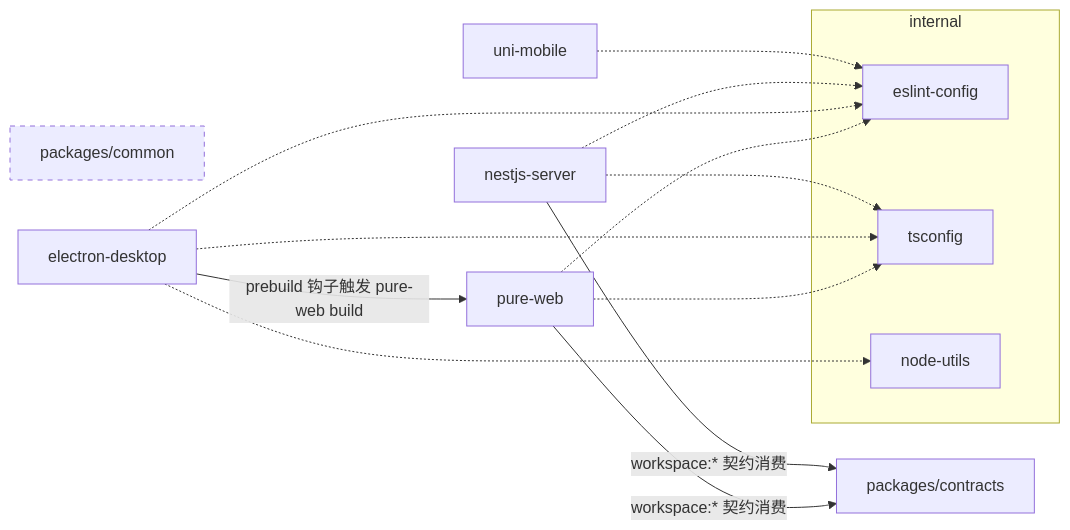
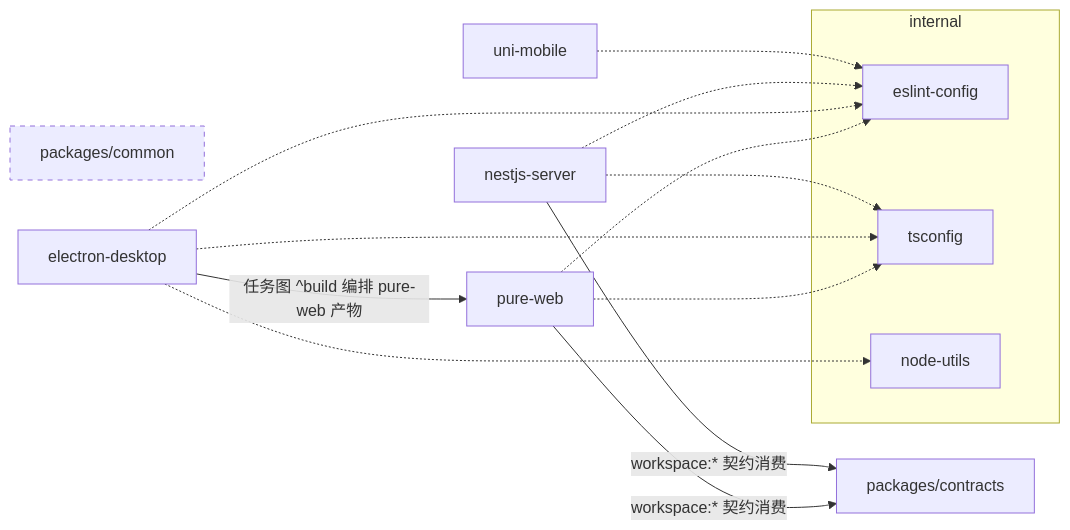
One commit to 25lonelyboy/wewant-multi-admin changed the diagram in docs/architecture/repo-structure.md. Above: the diagram before and after it, drawn with Mermaid. The commit also changed other lines of this file and 7 other files, not shown here.

Commit message:
docs(repo): 新增 ADR-005 构建编排选型 + 架构/工程文档同步任务图模型 + 关闭两条 backlog

````diff
--- a/docs/architecture/repo-structure.md
+++ b/docs/architecture/repo-structure.md
@@ -32,22 +32,22 @@
 ```mermaid
 flowchart LR
     common["packages/common"]:::unused
     contracts["packages/contracts"]
     subgraph internal
         eslint["eslint-config"]
         tsconfig["tsconfig"]
         nodeutils["node-utils"]
     end
     web["pure-web"]
     desktop["electron-desktop"]
     server["nestjs-server"]
     mobile["uni-mobile"]
-    desktop -- "prebuild 钩子触发 pure-web build" --> web
+    desktop -- "任务图 ^build 编排 pure-web 产物" --> web
     web -- "workspace:* 契约消费" --> contracts
     server -- "workspace:* 契约消费" --> contracts
     web -.-> eslint & tsconfig
     desktop -.-> nodeutils & tsconfig & eslint
     server -.-> tsconfig & eslint
     mobile -.-> eslint
     classDef unused stroke-dasharray: 5 5
 ```
````
